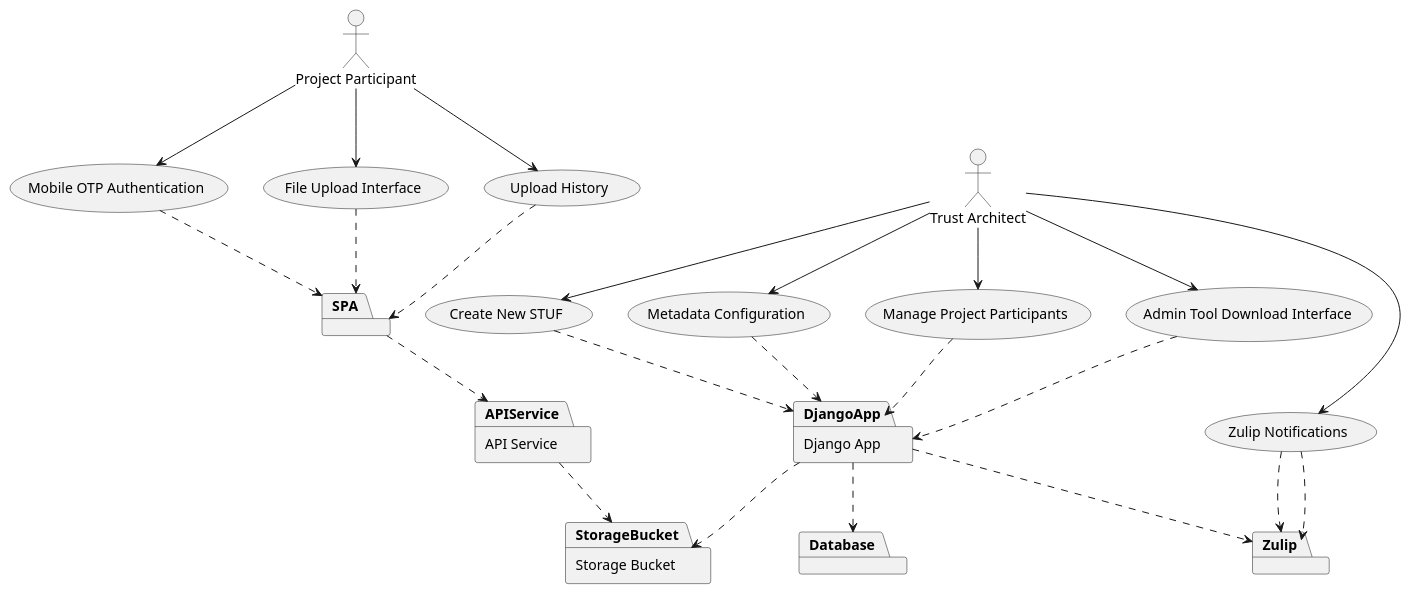
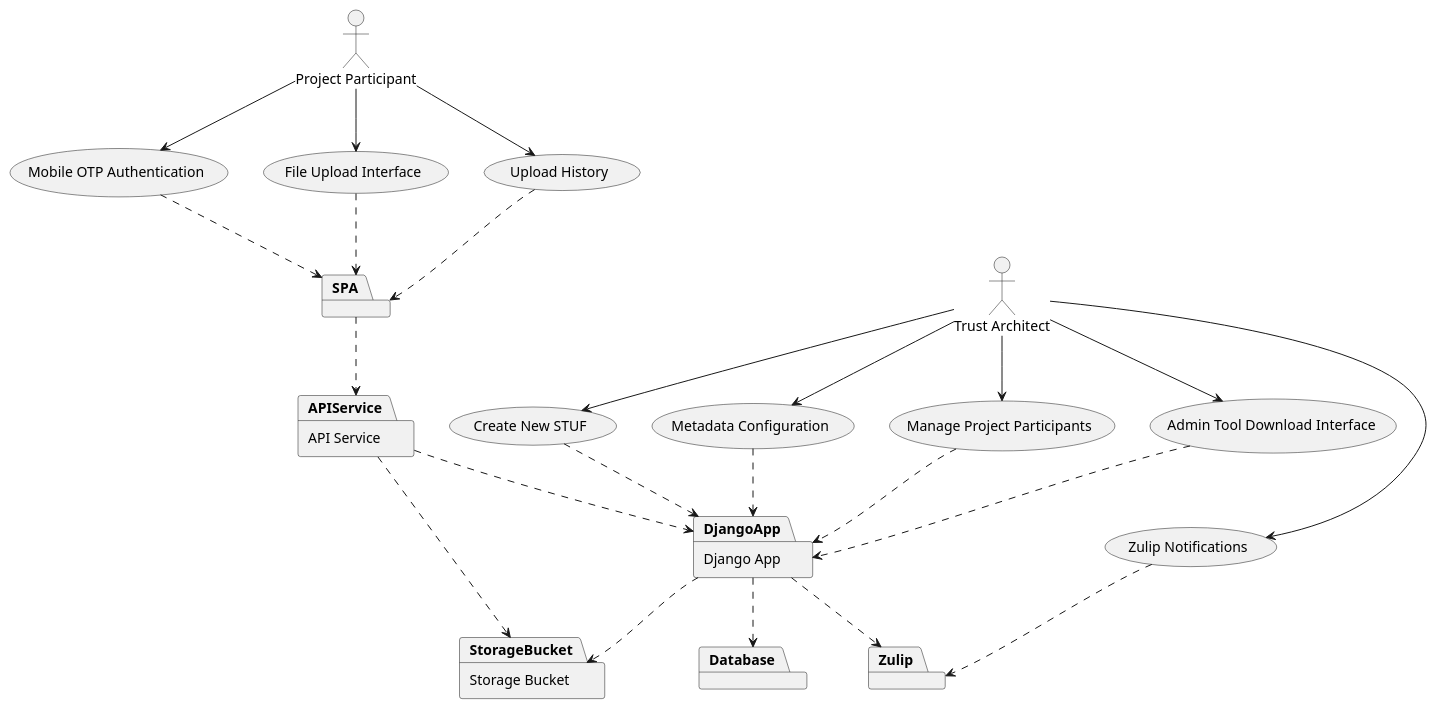
One commit to pyx-industries/stuf changed the diagram in docs/img/stuf_use_case_diagram.puml. Above: the diagram before and after it, drawn with PlantUML.

Commit message:
docs: update use case diagram dependencies

```diff
--- a/docs/img/stuf_use_case_diagram.puml
+++ b/docs/img/stuf_use_case_diagram.puml
@@ -1,68 +1,68 @@
 @startuml stuf_use_case_diagram
 
 ' Actors
 actor "Trust Architect" as TA
 actor "Project Participant" as PP
 
 ' Components as subsystems
 package "Django App" as DjangoApp {
 }
 
 package "API Service" as APIService {
 }
 
 package "SPA" as SPA {
 }
 
 package "Storage Bucket" as StorageBucket {
 }
 
 package "Database" as Database {
 }
 
 ' Use cases - one per epic
 usecase "Create New STUF" as UC1
 usecase "Mobile OTP Authentication" as UC2
 usecase "Metadata Configuration" as UC3
 usecase "File Upload Interface" as UC4
 usecase "Manage Project Participants" as UC5
 usecase "Admin Tool Download Interface" as UC6
 usecase "Upload History" as UC7
 usecase "Zulip Notifications" as UC8
 
 ' Relationships between actors and use cases
 TA --> UC1
 TA --> UC3
 TA --> UC5
 TA --> UC6
 TA --> UC8
 
 PP --> UC2
 PP --> UC4
 PP --> UC7
 
 ' Component interactions
 UC1 ..> DjangoApp
 UC3 ..> DjangoApp
 UC5 ..> DjangoApp
 UC6 ..> DjangoApp
 
 UC2 ..> SPA
 UC4 ..> SPA
 UC7 ..> SPA
 UC8 ..> Zulip
 
 ' Component dependencies
 DjangoApp ..> Database
 DjangoApp ..> StorageBucket
 
 package "Zulip" as Zulip {
 }
 
-UC8 ..> Zulip
 DjangoApp ..> Zulip
 
 SPA ..> APIService
+APIService ..> DjangoApp
 APIService ..> StorageBucket
 
 @enduml
```
